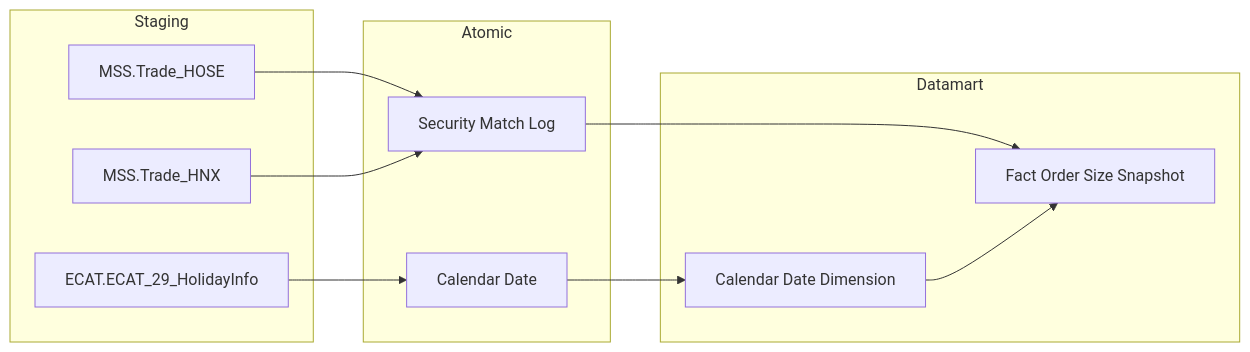
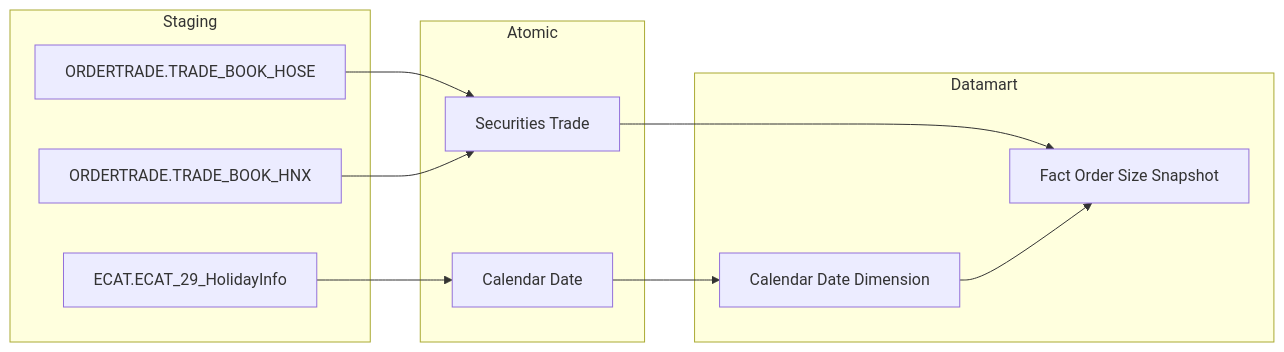
The third of 53 diagrams in Datamart/hld/DTM_PTTT_HLD.md (linhlvit/ubck_atomic_design), drawn with Mermaid before and after one commit. The commit also changed other lines of this file and 21 other files, not shown here.

````diff
--- a/Datamart/hld/DTM_PTTT_HLD.md
+++ b/Datamart/hld/DTM_PTTT_HLD.md
@@ -132,22 +132,22 @@
 ```mermaid
 flowchart LR
     subgraph SRC["Staging"]
-        MSS_Trade_HOSE4["MSS.Trade_HOSE"]
-        MSS_Trade_HNX4["MSS.Trade_HNX"]
+        ORDERTRADE_TRADE_BOOK_HOSE4["ORDERTRADE.TRADE_BOOK_HOSE"]
+        ORDERTRADE_TRADE_BOOK_HNX4["ORDERTRADE.TRADE_BOOK_HNX"]
         ECAT_ECAT_29_HolidayInfo4["ECAT.ECAT_29_HolidayInfo"]
     end
     subgraph SIL["Atomic"]
-        Security_Match_Log4["Security Match Log"]
+        Securities_Trade4["Securities Trade"]
         Calendar_Date4["Calendar Date"]
     end
     subgraph GOLD["Datamart"]
         fct_order_size_snpst["Fact Order Size Snapshot"]
         cdr_dt_dim4["Calendar Date Dimension"]
     end
-    MSS_Trade_HOSE4 --> Security_Match_Log4
-    MSS_Trade_HNX4 --> Security_Match_Log4
+    ORDERTRADE_TRADE_BOOK_HOSE4 --> Securities_Trade4
+    ORDERTRADE_TRADE_BOOK_HNX4 --> Securities_Trade4
     ECAT_ECAT_29_HolidayInfo4 --> Calendar_Date4
-    Security_Match_Log4 --> fct_order_size_snpst
+    Securities_Trade4 --> fct_order_size_snpst
     Calendar_Date4 --> cdr_dt_dim4
     cdr_dt_dim4 --> fct_order_size_snpst
 ```
````
